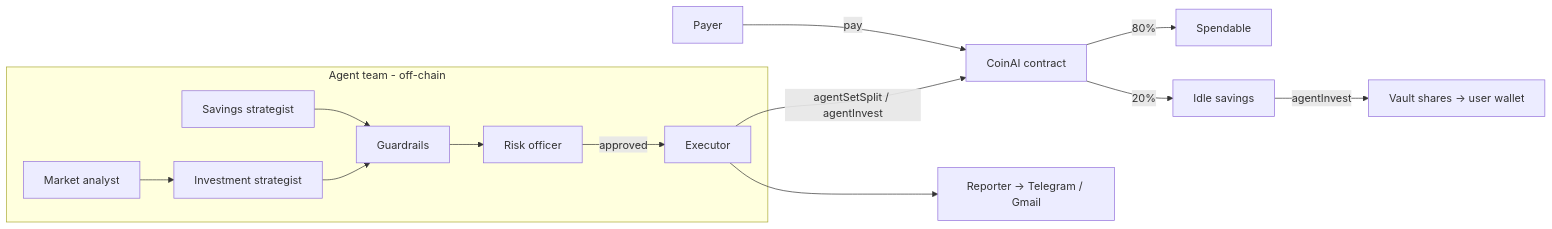
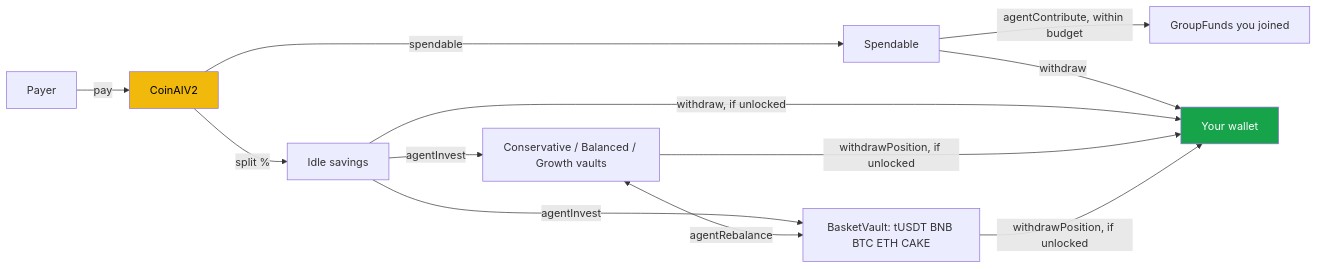
Before and after one commit to maulana-tech/coinai: the second of 2 diagrams in README.md, drawn with Mermaid. The commit also changed other lines of this file, not shown here.

Commit message:
docs(README.md): hackathon README: story, problem, solution, agent council, guardrails, evaluation, integrations, architecture, contracts and checklist

````diff
--- a/README.md
+++ b/README.md
@@ -43,16 +285,17 @@
 ```mermaid
 flowchart LR
-    P[Payer] -->|pay| C[CoinAI contract]
-    C -->|80%| S[Spendable]
-    C -->|20%| I[Idle savings]
-    subgraph Agent team - off-chain
-      MA[Market analyst] --> IS
-      SS[Savings strategist] --> G[Guardrails]
-      IS[Investment strategist] --> G
-      G --> R[Risk officer]
-      R -->|approved| E[Executor]
-    end
-    E -->|agentSetSplit / agentInvest| C
-    I -->|agentInvest| V[Vault shares → user wallet]
-    E --> RP[Reporter → Telegram / Gmail]
+    P[Payer] -->|pay| C[CoinAIV2]
+    C -->|spendable| S[Spendable]
+    C -->|split %| I[Idle savings]
+    I -->|agentInvest| V[Conservative / Balanced / Growth vaults]
+    I -->|agentInvest| B[BasketVault: tUSDT BNB BTC ETH CAKE]
+    V <-->|agentRebalance| B
+    S -->|agentContribute, within budget| G[GroupFunds you joined]
+    S -->|withdraw| W[Your wallet]
+    I -->|withdraw, if unlocked| W
+    V -->|withdrawPosition, if unlocked| W
+    B -->|withdrawPosition, if unlocked| W
+
+    style W fill:#16a34a,color:#fff
+    style C fill:#F0B90B,color:#000
 ```
````
